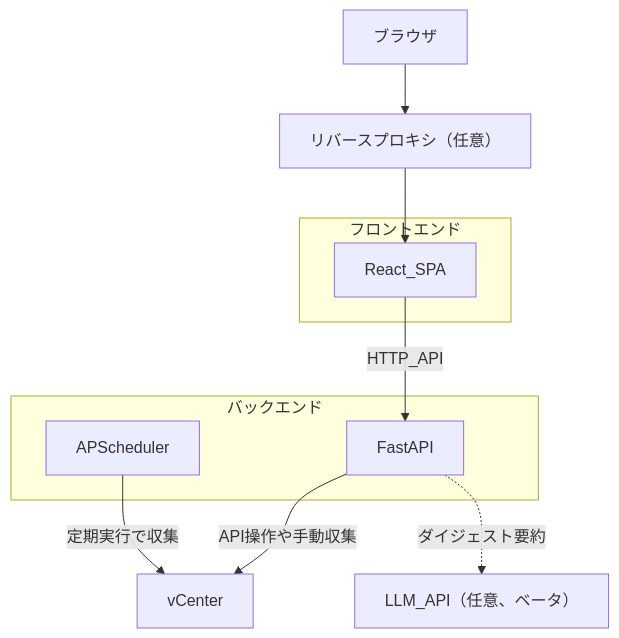
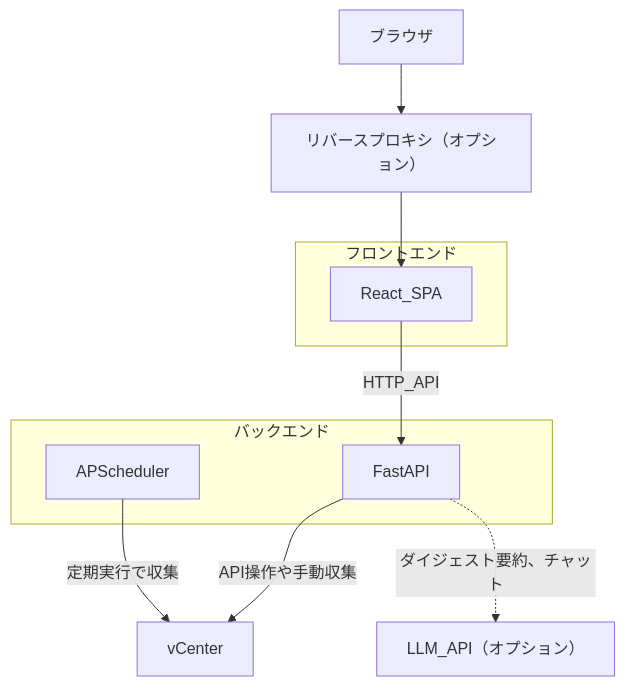
The diagram in README.md (t-m0riyama/vcenter-event-assistant), drawn with Mermaid before and after one commit.

Commit message:
docs: update project documentation in README.md

````diff
--- a/README.md
+++ b/README.md
@@ -22,21 +22,21 @@
 ```mermaid
 flowchart TB
   Browser[ブラウザ]
-  Proxy[リバースプロキシ（任意）]
+  Proxy[リバースプロキシ（オプション）]
   subgraph fe [フロントエンド]
     FE[React_SPA]
   end
   subgraph be [バックエンド]
     BE[FastAPI]
     Sched[APScheduler]
   end
   VC[vCenter]
-  LLM[LLM_API（任意、ベータ）]
+  LLM[LLM_API（オプション）]
 
   Browser --> Proxy
   Proxy --> FE
   FE -->|HTTP_API| BE
   Sched -->|定期実行で収集| VC
   BE -->|API操作や手動収集| VC
-  BE -.->|ダイジェスト要約| LLM
+  BE -.->|ダイジェスト要約、チャット| LLM
 ```
````
